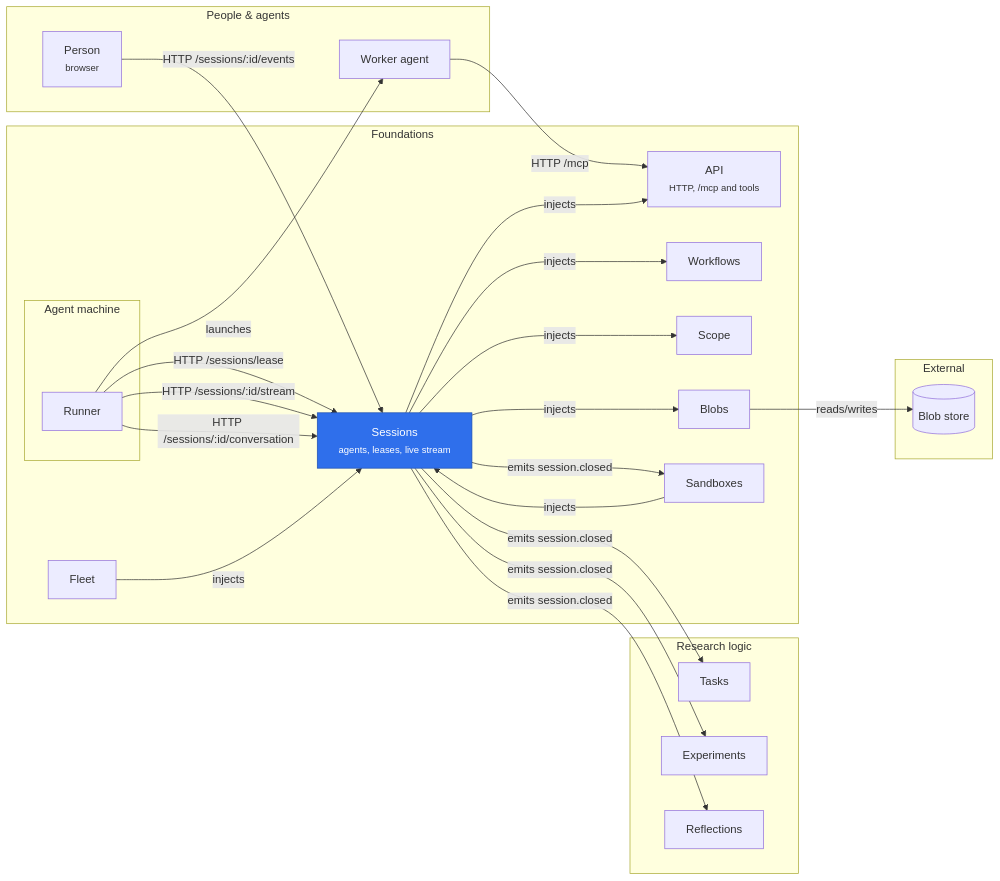
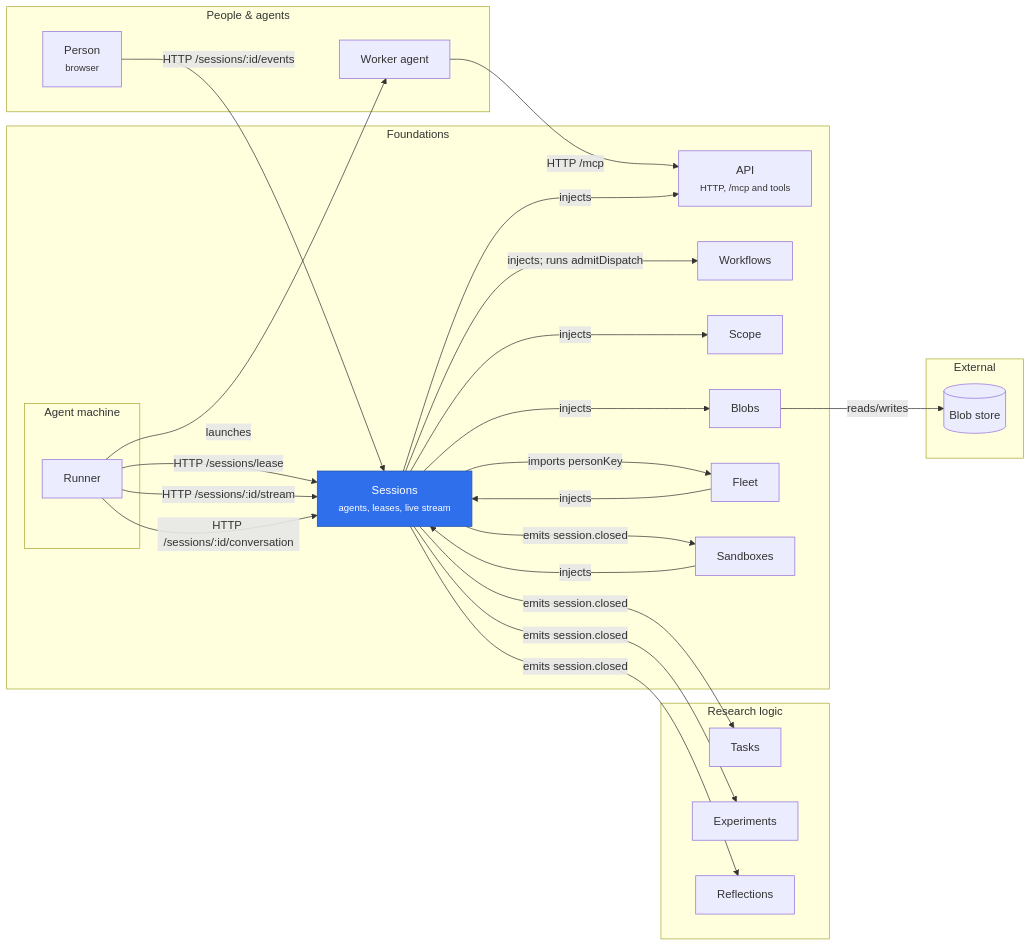
The diagram in merv-typescript/packages/sessions/README.md (rapidreview-io/Merv), drawn with Mermaid before and after one commit. The commit also changed 13 other files, not shown here.

````diff
--- a/merv-typescript/packages/sessions/README.md
+++ b/merv-typescript/packages/sessions/README.md
@@ -12,46 +12,47 @@
 ```mermaid
 flowchart LR
   subgraph peopleLayer["People & agents"]
     person["Person<br/><small>browser</small>"]
     workerAgent["Worker agent"]
   end
   subgraph researchLayer["Research logic"]
     tasks["Tasks"]
     experiments["Experiments"]
     reflections["Reflections"]
   end
   subgraph foundationsLayer["Foundations"]
     subgraph machine["Agent machine"]
       runner["Runner"]
     end
     api["API<br/><small>HTTP, /mcp and tools</small>"]
     sessions["Sessions<br/><small>agents, leases, live stream</small>"]
     workflows["Workflows"]
     scope["Scope"]
     blobs["Blobs"]
     fleet["Fleet"]
     sandboxes["Sandboxes"]
   end
   subgraph externalLayer["External"]
     blobStore[("Blob store")]
   end
   runner -- "launches" --> workerAgent
   runner -- "HTTP /sessions/lease" --> sessions
   runner -- "HTTP /sessions/:id/stream" --> sessions
   runner -- "HTTP /sessions/:id/conversation" --> sessions
   workerAgent -- "HTTP /mcp" --> api
   person -- "HTTP /sessions/:id/events" --> sessions
   sessions -- "injects" --> api
-  sessions -- "injects" --> workflows
+  sessions -- "injects; runs admitDispatch" --> workflows
   sessions -- "injects" --> scope
   sessions -- "injects" --> blobs
   blobs -- "reads/writes" --> blobStore
   fleet -- "injects" --> sessions
+  sessions -- "imports personKey" --> fleet
   sandboxes -- "injects" --> sessions
   sessions -- "emits session.closed" --> tasks
   sessions -- "emits session.closed" --> experiments
   sessions -- "emits session.closed" --> reflections
   sessions -- "emits session.closed" --> sandboxes
   classDef self fill:#2f6feb,color:#fff,stroke:#1f4fb0
   class sessions self
 ```
````
